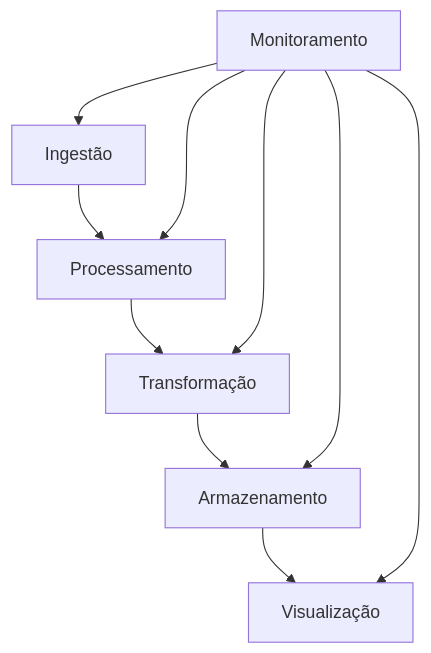
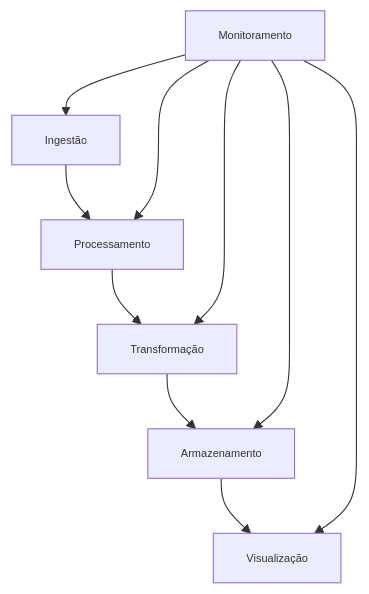
Before and after one commit to tiagonpsilva/data-leadership-path: the diagram in end-to-end/README.md, drawn with Mermaid.

Commit message:
docs: ajusta formatação do diagrama Mermaid com fonte Arial e tamanho 10px

````diff
--- a/end-to-end/README.md
+++ b/end-to-end/README.md
@@ -9,12 +9,13 @@
 ```mermaid
+%%{init: { "themeVariables": { "fontFamily": "Arial", "fontSize": "10px" } }}%%
 graph TD
     A[Ingestão] --> B[Processamento]
     B --> C[Transformação]
     C --> D[Armazenamento]
     D --> E[Visualização]
     F[Monitoramento] --> A
     F --> B
     F --> C
     F --> D
     F --> E
 ```
````
